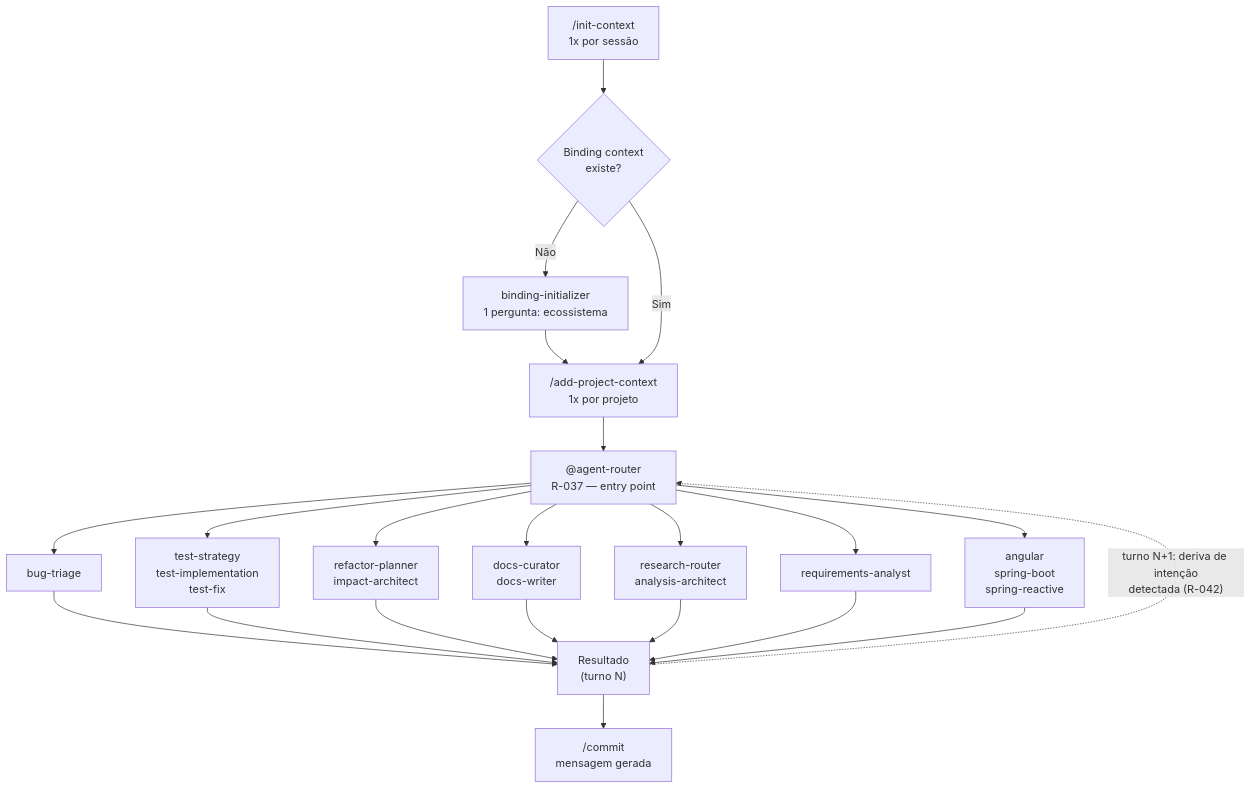
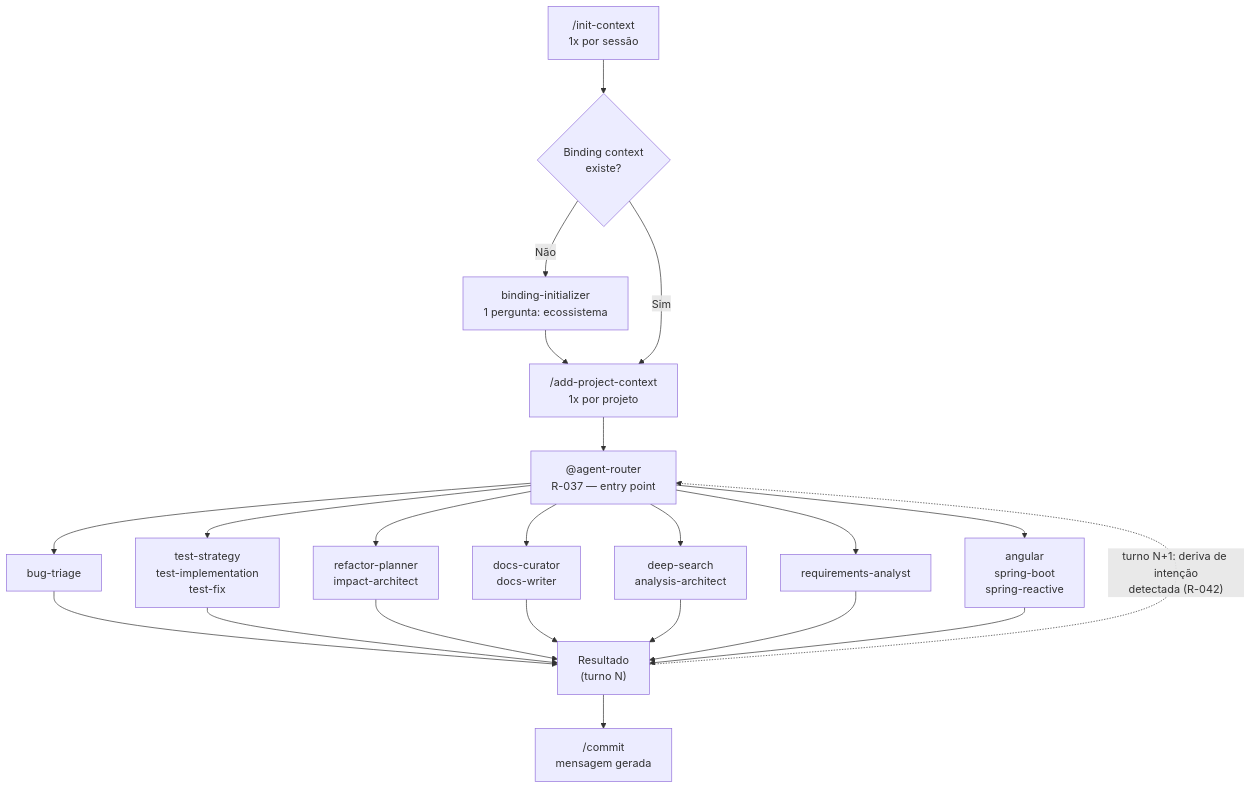
One commit to jezreel8858/copilot-instructions-governance changed the diagram in README.md. Above: the diagram before and after it, drawn with Mermaid. The commit also changed other lines of this file and 12 other files, not shown here.

First line of the commit message:
refactor(governance): renomeia research-router → deep-search em catálogo

````diff
--- a/README.md
+++ b/README.md
@@ -104,18 +104,18 @@
 ```mermaid
 flowchart TD
     A["/init-context\n1x por sessão"] --> B{Binding context\nexiste?}
     B -- Não --> C["binding-initializer\n1 pergunta: ecossistema"]
     C --> D["/add-project-context\n1x por projeto"]
     B -- Sim --> D
     D --> E["@agent-router\nR-037 — entry point"]
     E --> F["bug-triage"]
     E --> G["test-strategy\ntest-implementation\ntest-fix"]
     E --> H["refactor-planner\nimpact-architect"]
     E --> M["requirements-analyst"]
     E --> I["docs-curator\ndocs-writer"]
-    E --> J["research-router\nanalysis-architect"]
+    E --> J["deep-search\nanalysis-architect"]
     E --> N["angular\nspring-boot\nspring-reactive"]
     F & G & H & I & J & M & N --> K["Resultado\n(turno N)"]
     K --> L["/commit\nmensagem gerada"]
     K -. "turno N+1: deriva de intenção\ndetectada (R-042)" .-> E
 ```
````
